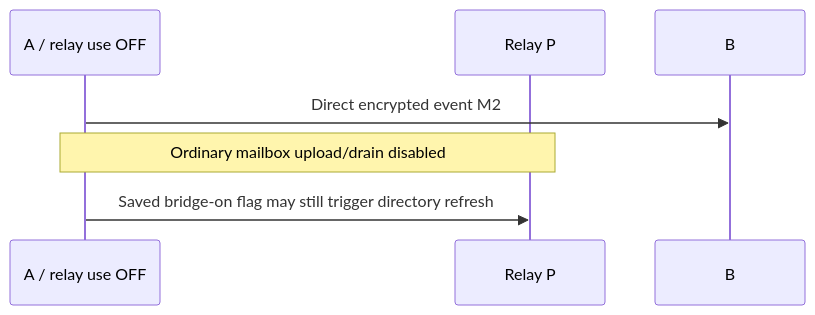
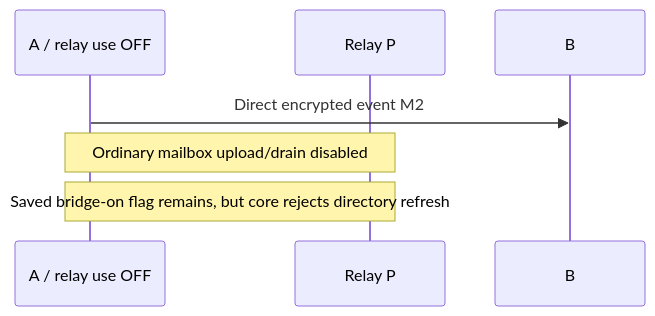
Before and after one commit to OctopusGarage/mesh-talk: diagram 29 of 39 in docs/network-design-reference.md, drawn with Mermaid. The commit also changed other lines of this file and 8 other files, not shown here.

````diff
--- a/docs/network-design-reference.md
+++ b/docs/network-design-reference.md
@@ -642,9 +644,9 @@
 ```mermaid
 sequenceDiagram
   participant A as A / relay use OFF
   participant P as Relay P
   participant B as B
   A->>B: Direct encrypted event M2
   Note over A,P: Ordinary mailbox upload/drain disabled
-  A->>P: Saved bridge-on flag may still trigger directory refresh
+  Note over A,P: Saved bridge-on flag remains, but core rejects directory refresh
 ```
````
